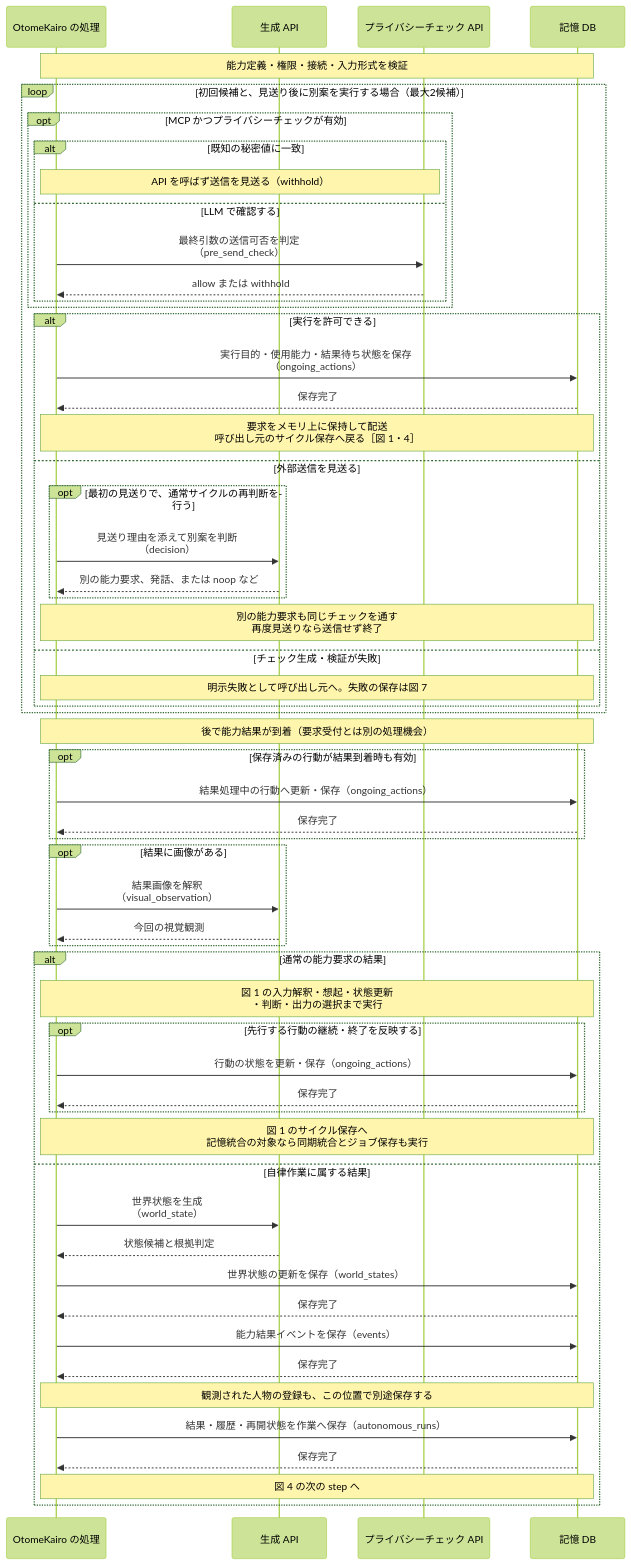
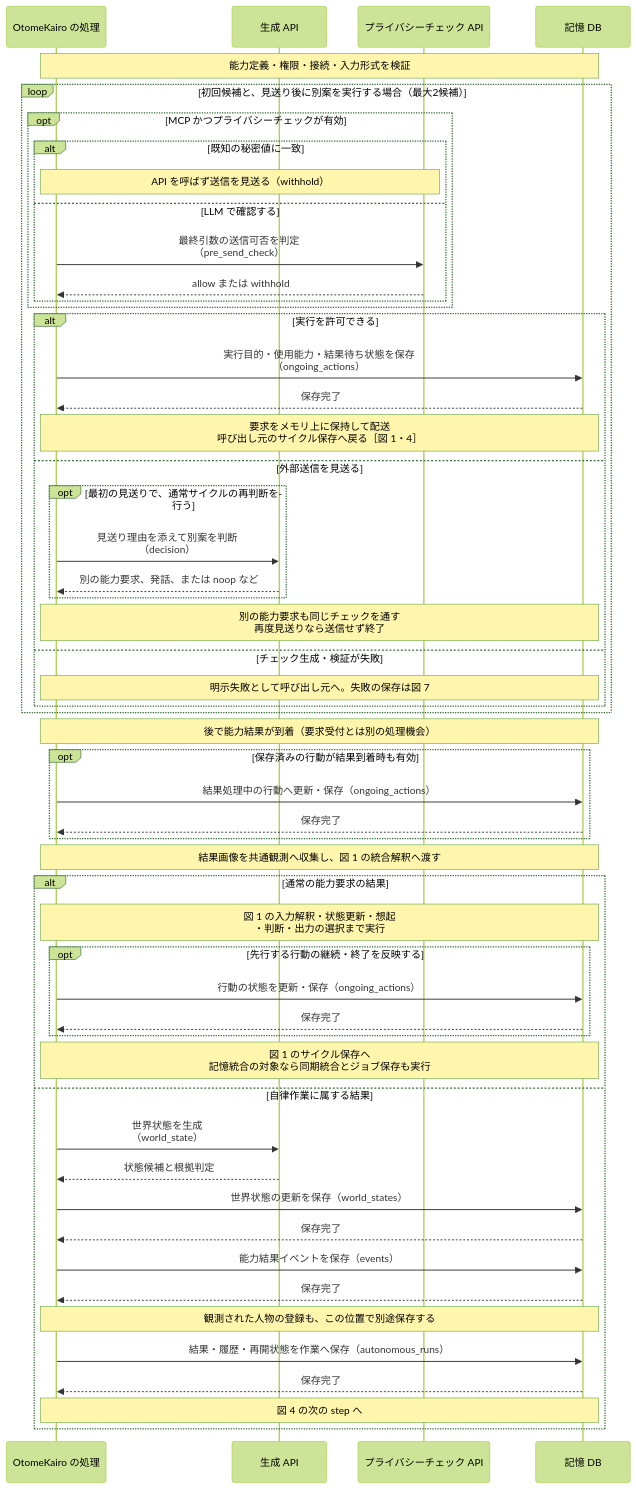
Before and after one commit to hirona98/OtomeKairo: the second of 7 diagrams in docs/design/llm/LLM呼び出しシーケンス.md, drawn with Mermaid (forest theme). The commit also changed other lines of this file and 107 other files, not shown here.

````diff
--- a/docs/design/llm/LLM呼び出しシーケンス.md
+++ b/docs/design/llm/LLM呼び出しシーケンス.md
@@ -186,61 +173,58 @@
 ```mermaid
 sequenceDiagram
     participant C as OtomeKairo の処理
     participant L as 生成 API
     participant P as プライバシーチェック API
     participant D as 記憶 DB
 
     Note over C,D: 能力定義・権限・接続・入力形式を検証
     loop 初回候補と、見送り後に別案を実行する場合（最大2候補）
         opt MCP かつプライバシーチェックが有効
             alt 既知の秘密値に一致
                 Note over C,P: API を呼ばず送信を見送る（withhold）
             else LLM で確認する
                 C->>P: 最終引数の送信可否を判定<br>（pre_send_check）
                 P-->>C: allow または withhold
             end
         end
         alt 実行を許可できる
             C->>D: 実行目的・使用能力・結果待ち状態を保存<br>（ongoing_actions）
             D-->>C: 保存完了
             Note over C,D: 要求をメモリ上に保持して配送<br>呼び出し元のサイクル保存へ戻る［図 1・4］
         else 外部送信を見送る
             opt 最初の見送りで、通常サイクルの再判断を行う
                 C->>L: 見送り理由を添えて別案を判断<br>（decision）
                 L-->>C: 別の能力要求、発話、または noop など
             end
             Note over C,D: 別の能力要求も同じチェックを通す<br>再度見送りなら送信せず終了
         else チェック生成・検証が失敗
             Note over C,D: 明示失敗として呼び出し元へ。失敗の保存は図 7
         end
     end
 
     Note over C,D: 後で能力結果が到着（要求受付とは別の処理機会）
     opt 保存済みの行動が結果到着時も有効
         C->>D: 結果処理中の行動へ更新・保存（ongoing_actions）
         D-->>C: 保存完了
     end
-    opt 結果に画像がある
-        C->>L: 結果画像を解釈<br>（visual_observation）
-        L-->>C: 今回の視覚観測
-    end
+    Note over C,D: 結果画像を共通観測へ収集し、図 1 の統合解釈へ渡す
     alt 通常の能力要求の結果
-        Note over C,D: 図 1 の入力解釈・想起・状態更新<br>・判断・出力の選択まで実行
+        Note over C,D: 図 1 の入力解釈・状態更新・想起<br>・判断・出力の選択まで実行
         opt 先行する行動の継続・終了を反映する
             C->>D: 行動の状態を更新・保存（ongoing_actions）
             D-->>C: 保存完了
         end
         Note over C,D: 図 1 のサイクル保存へ<br>記憶統合の対象なら同期統合とジョブ保存も実行
     else 自律作業に属する結果
         C->>L: 世界状態を生成<br>（world_state）
         L-->>C: 状態候補と根拠判定
         C->>D: 世界状態の更新を保存（world_states）
         D-->>C: 保存完了
         C->>D: 能力結果イベントを保存（events）
         D-->>C: 保存完了
         Note over C,D: 観測された人物の登録も、この位置で別途保存する
         C->>D: 結果・履歴・再開状態を作業へ保存（autonomous_runs）
         D-->>C: 保存完了
         Note over C,D: 図 4 の次の step へ
     end
 ```
````
